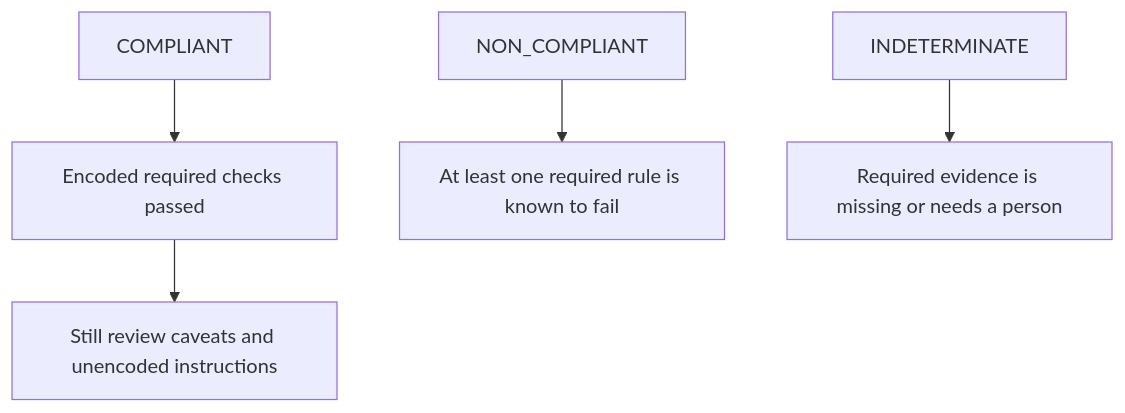
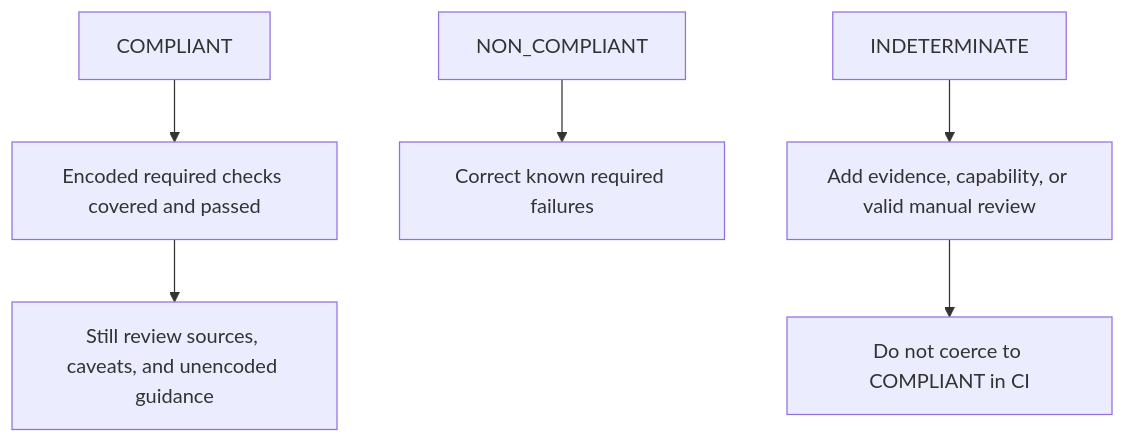
One commit to Devrajsinh-Jhala/ResearchPlot changed the diagram in docs/limitations.md. Above: the diagram before and after it, drawn with Mermaid. The commit also changed other lines of this file and 155 other files, not shown here.

````diff
--- a/docs/limitations.md
+++ b/docs/limitations.md
@@ -73,7 +127,8 @@
 ```mermaid
 flowchart TD
-    C["COMPLIANT"] --> C1["Encoded required checks passed"]
-    C1 --> C2["Still review caveats and unencoded instructions"]
-    N["NON_COMPLIANT"] --> N1["At least one required rule is known to fail"]
-    I["INDETERMINATE"] --> I1["Required evidence is missing or needs a person"]
+    C["COMPLIANT"] --> C1["Encoded required checks covered and passed"]
+    C1 --> C2["Still review sources, caveats, and unencoded guidance"]
+    N["NON_COMPLIANT"] --> N1["Correct known required failures"]
+    I["INDETERMINATE"] --> I1["Add evidence, capability, or valid manual review"]
+    I1 --> I2["Do not coerce to COMPLIANT in CI"]
 ```
````
